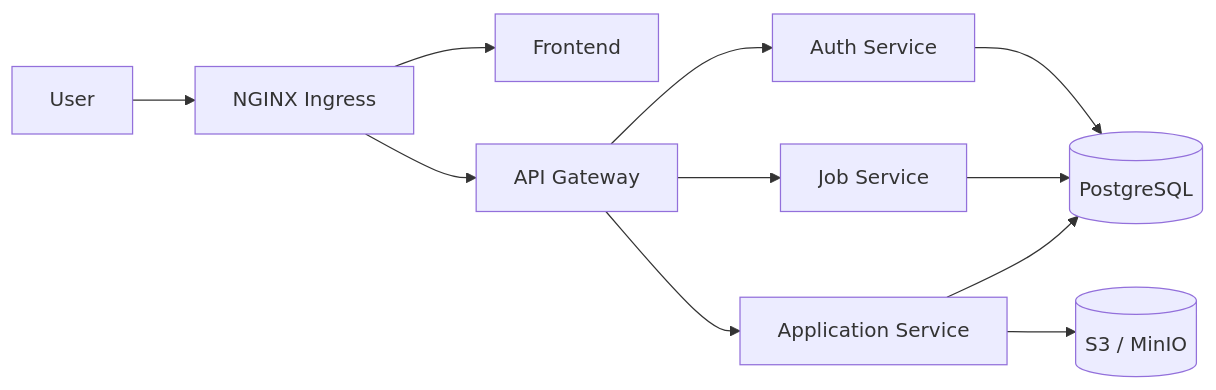
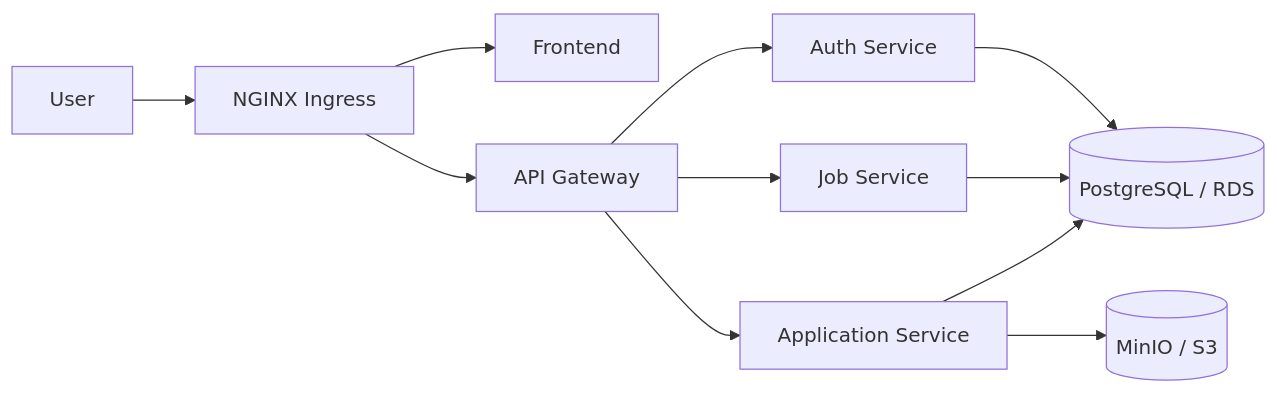
One commit to applyhub7/applyhub-manifests changed the diagram in README.md. Above: the diagram before and after it, drawn with Mermaid. The commit also changed other lines of this file, not shown here.

````diff
--- a/README.md
+++ b/README.md
@@ -26,13 +36,13 @@
 ```mermaid
 flowchart LR
     User[User] --> Ingress[NGINX Ingress]
     Ingress --> Frontend[Frontend]
     Ingress --> Gateway[API Gateway]
     Gateway --> Auth[Auth Service]
     Gateway --> Job[Job Service]
     Gateway --> Application[Application Service]
-    Auth --> Database[(PostgreSQL)]
-    Job --> Database
-    Application --> Database
-    Application --> Storage[(S3 / MinIO)]
+    Auth --> DB[(PostgreSQL / RDS)]
+    Job --> DB
+    Application --> DB
+    Application --> Storage[(MinIO / S3)]
 ```
````
